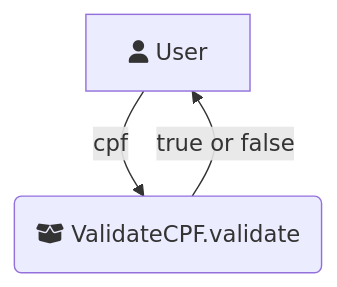
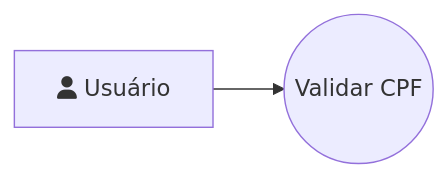
One commit to RenatoGarciaLopes/JavaIradoNoTxt changed the diagram in ValidateCPF/validate-cpf-use-case.uml.mermaid. Above: the diagram before and after it, drawn with Mermaid. The commit also changed 5 other files, not shown here.

Commit message:
feat: criei as classes ValidateCPF e ValidateCNPJ, para validar cpf e cnpj, respectivamente

```diff
--- a/ValidateCPF/validate-cpf-use-case.uml.mermaid
+++ b/ValidateCPF/validate-cpf-use-case.uml.mermaid
@@ -1,6 +1,5 @@
-flowchart TD
-    A[fa:fa-user User]
-    B(fa:fa-box-open ValidateCPF.validate)
+flowchart LR
+    A[fa:fa-user Usuário]
+    B((Validar CPF))
 
-    A -->| cpf | B
-    B -->| true or false | A
+    A --> B
```
